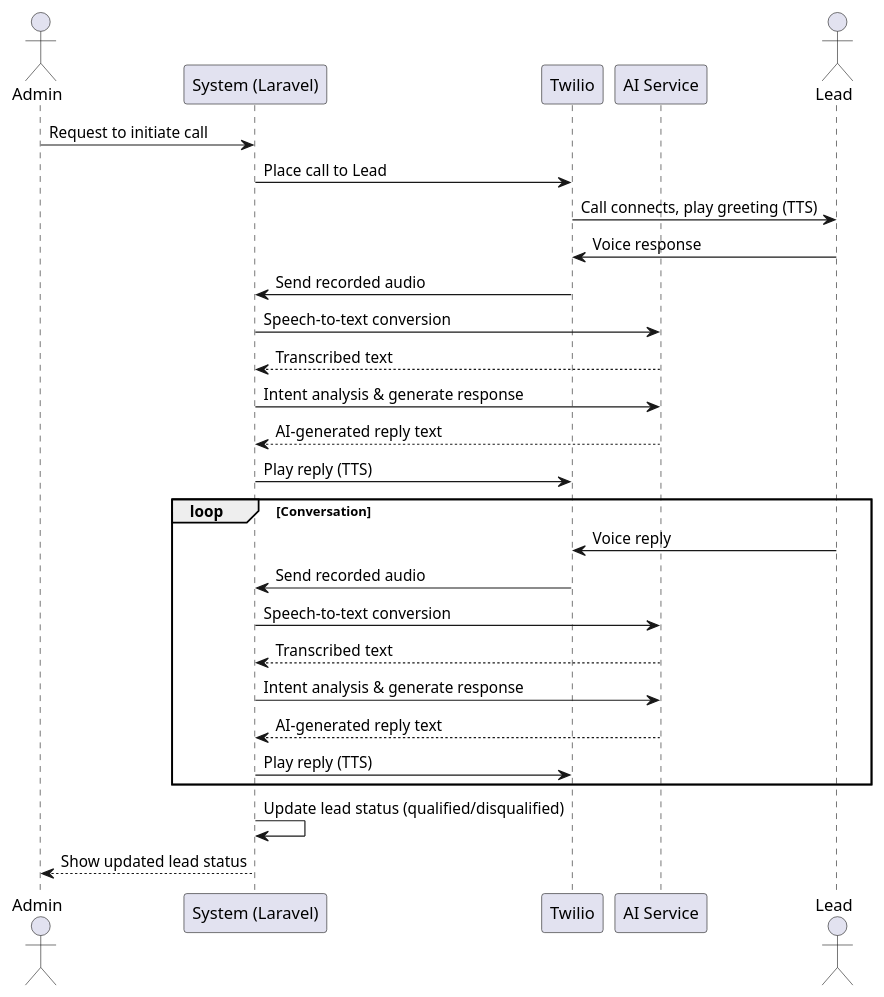
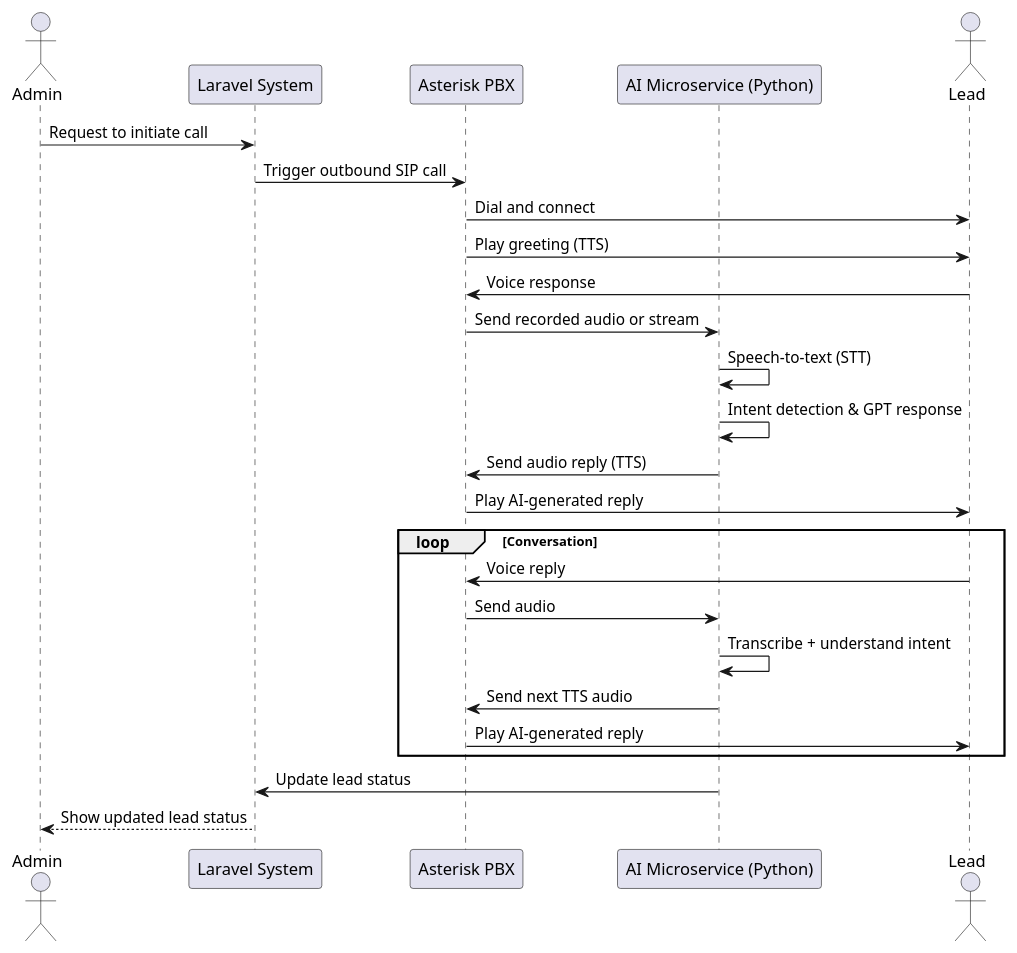
The diagram in Functional-Branch/Sequence-Diagrams/SequenceDiagram_AIQualificationCall.puml (Tribak-Ayoub/AI-Voice-Assistant), drawn with PlantUML before and after one commit. The commit also changed 1 other file, not shown here.

Commit message:
update the use case and sequence diagram

```diff
--- a/Functional-Branch/Sequence-Diagrams/SequenceDiagram_AIQualificationCall.puml
+++ b/Functional-Branch/Sequence-Diagrams/SequenceDiagram_AIQualificationCall.puml
@@ -1,31 +1,30 @@
 @startuml
 actor Admin
-participant "System (Laravel)" as System
-participant Twilio
-participant "AI Service" as AI
+participant "Laravel System" as Laravel
+participant "Asterisk PBX" as Asterisk
+participant "AI Microservice (Python)" as AI
 actor Lead
 
-Admin -> System: Request to initiate call
-System -> Twilio: Place call to Lead
-Twilio -> Lead: Call connects, play greeting (TTS)
-Lead -> Twilio: Voice response
-Twilio -> System: Send recorded audio
-System -> AI: Speech-to-text conversion
-AI --> System: Transcribed text
-System -> AI: Intent analysis & generate response
-AI --> System: AI-generated reply text
-System -> Twilio: Play reply (TTS)
+Admin -> Laravel: Request to initiate call
+Laravel -> Asterisk: Trigger outbound SIP call
+Asterisk -> Lead: Dial and connect
+Asterisk -> Lead: Play greeting (TTS)
+Lead -> Asterisk: Voice response
+Asterisk -> AI: Send recorded audio or stream
+
+AI -> AI: Speech-to-text (STT)
+AI -> AI: Intent detection & GPT response
+AI -> Asterisk: Send audio reply (TTS)
+Asterisk -> Lead: Play AI-generated reply
 
 loop Conversation
-    Lead -> Twilio: Voice reply
-    Twilio -> System: Send recorded audio
-    System -> AI: Speech-to-text conversion
-    AI --> System: Transcribed text
-    System -> AI: Intent analysis & generate response
-    AI --> System: AI-generated reply text
-    System -> Twilio: Play reply (TTS)
+Lead -> Asterisk: Voice reply
+Asterisk -> AI: Send audio
+AI -> AI: Transcribe + understand intent
+AI -> Asterisk: Send next TTS audio
+Asterisk -> Lead: Play AI-generated reply
 end
 
-System -> System: Update lead status (qualified/disqualified)
-System --> Admin: Show updated lead status
+AI -> Laravel: Update lead status
+Laravel --> Admin: Show updated lead status
 @enduml
```
